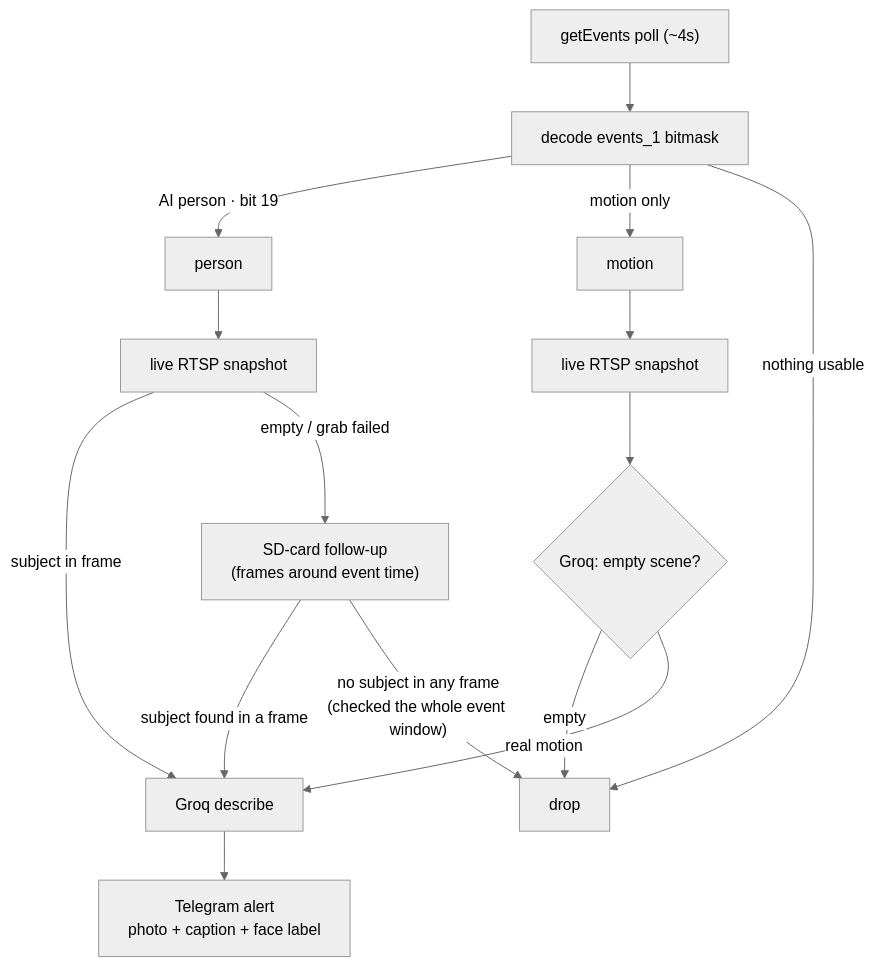
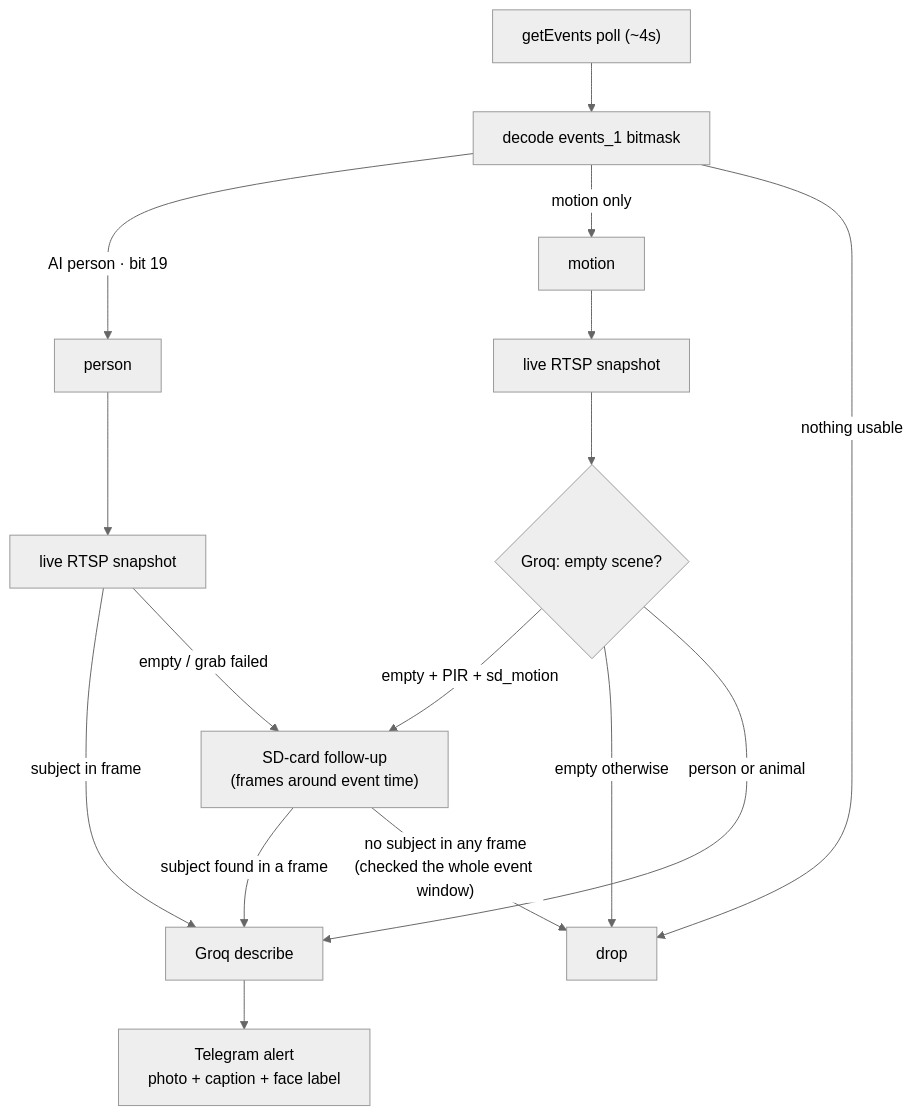
Before and after one commit to PeterkoCZ91/tapo-monitoring: the first of 2 diagrams in README.md, drawn with Mermaid (neutral theme). The commit also changed 8 other files, not shown here.

Commit message:
Add SD follow-up for PIR-backed motion

````diff
--- a/README.md
+++ b/README.md
@@ -69,19 +69,20 @@
 ```mermaid
 flowchart TD
     A["getEvents poll (~4s)"] --> B[decode events_1 bitmask]
     B -->|AI person · bit 19| P[person]
     B -->|motion only| M[motion]
     B -->|nothing usable| X[drop]
 
     P --> L[live RTSP snapshot]
     L -->|subject in frame| G[Groq describe]
     L -->|empty / grab failed| SD["SD-card follow-up<br/>(frames around event time)"]
     SD -->|subject found in a frame| G
     SD -->|"no subject in any frame<br/>(checked the whole event window)"| X
 
     M --> ML[live RTSP snapshot] --> GQ{Groq: empty scene?}
-    GQ -->|empty| X
-    GQ -->|real motion| G
+    GQ -->|"empty + PIR + sd_motion"| SD
+    GQ -->|"empty otherwise"| X
+    GQ -->|person or animal| G
 
     G --> T["Telegram alert<br/>photo + caption + face label"]
 ```
````
